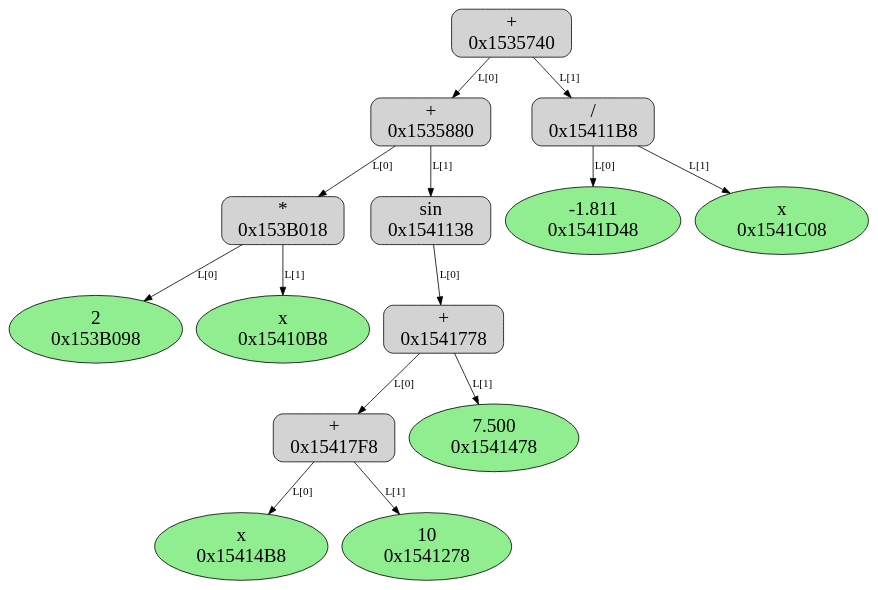
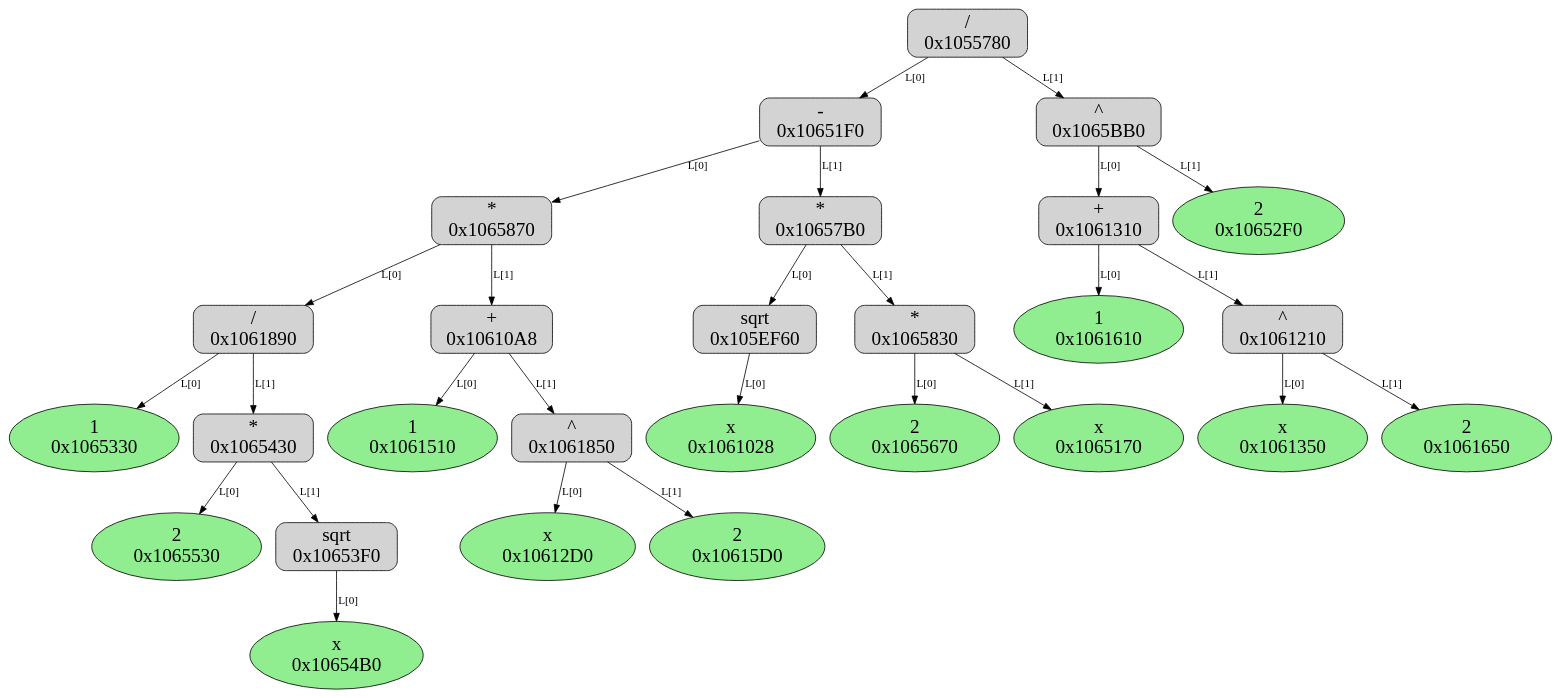
One commit to Nechda/Techno_track changed the diagram in Differentiator/simplifiedTree.dot. Above: the diagram before and after it, drawn with Graphviz. The commit also changed 15 other files, not shown here.

```diff
--- a/Differentiator/simplifiedTree.dot
+++ b/Differentiator/simplifiedTree.dot
@@ -1,71 +1,136 @@
 digraph{
 node [color = "black", fontsize = 24, shape = "box", style = "filled, rounded", fillcolor = "lightgray"]
 edge [color = "black", fontsize = 24]
+"1
+0x1065330" [shape = "ellipse", fillcolor = "lightgreen"] 
 "2
-0x153B098" [shape = "ellipse", fillcolor = "lightgreen"] 
+0x1065530" [shape = "ellipse", fillcolor = "lightgreen"] 
 "x
-0x15410B8" [shape = "ellipse", fillcolor = "lightgreen"] 
+0x10654B0" [shape = "ellipse", fillcolor = "lightgreen"] 
+ "sqrt
+0x10653F0" 
+ "sqrt
+0x10653F0" ->  "x
+0x10654B0" [label = "L[0]", fontsize = 14] 
  "*
-0x153B018" 
+0x1065430" 
  "*
-0x153B018" ->  "2
-0x153B098" [label = "L[0]", fontsize = 14] 
+0x1065430" ->  "2
+0x1065530" [label = "L[0]", fontsize = 14] 
  "*
-0x153B018" ->  "x
-0x15410B8" [label = "L[1]", fontsize = 14] 
+0x1065430" ->  "sqrt
+0x10653F0" [label = "L[1]", fontsize = 14] 
+ "/
+0x1061890" 
+ "/
+0x1061890" ->  "1
+0x1065330" [label = "L[0]", fontsize = 14] 
+ "/
+0x1061890" ->  "*
+0x1065430" [label = "L[1]", fontsize = 14] 
+"1
+0x1061510" [shape = "ellipse", fillcolor = "lightgreen"] 
 "x
-0x15414B8" [shape = "ellipse", fillcolor = "lightgreen"] 
-"10
-0x1541278" [shape = "ellipse", fillcolor = "lightgreen"] 
+0x10612D0" [shape = "ellipse", fillcolor = "lightgreen"] 
+"2
+0x10615D0" [shape = "ellipse", fillcolor = "lightgreen"] 
+ "^
+0x1061850" 
+ "^
+0x1061850" ->  "x
+0x10612D0" [label = "L[0]", fontsize = 14] 
+ "^
+0x1061850" ->  "2
+0x10615D0" [label = "L[1]", fontsize = 14] 
  "+
-0x15417F8" 
+0x10610A8" 
  "+
-0x15417F8" ->  "x
-0x15414B8" [label = "L[0]", fontsize = 14] 
+0x10610A8" ->  "1
+0x1061510" [label = "L[0]", fontsize = 14] 
  "+
-0x15417F8" ->  "10
-0x1541278" [label = "L[1]", fontsize = 14] 
-"7.500
-0x1541478" [shape = "ellipse", fillcolor = "lightgreen"] 
+0x10610A8" ->  "^
+0x1061850" [label = "L[1]", fontsize = 14] 
+ "*
+0x1065870" 
+ "*
+0x1065870" ->  "/
+0x1061890" [label = "L[0]", fontsize = 14] 
+ "*
+0x1065870" ->  "+
+0x10610A8" [label = "L[1]", fontsize = 14] 
+"x
+0x1061028" [shape = "ellipse", fillcolor = "lightgreen"] 
+ "sqrt
+0x105EF60" 
+ "sqrt
+0x105EF60" ->  "x
+0x1061028" [label = "L[0]", fontsize = 14] 
+"2
+0x1065670" [shape = "ellipse", fillcolor = "lightgreen"] 
+"x
+0x1065170" [shape = "ellipse", fillcolor = "lightgreen"] 
+ "*
+0x1065830" 
+ "*
+0x1065830" ->  "2
+0x1065670" [label = "L[0]", fontsize = 14] 
+ "*
+0x1065830" ->  "x
+0x1065170" [label = "L[1]", fontsize = 14] 
+ "*
+0x10657B0" 
+ "*
+0x10657B0" ->  "sqrt
+0x105EF60" [label = "L[0]", fontsize = 14] 
+ "*
+0x10657B0" ->  "*
+0x1065830" [label = "L[1]", fontsize = 14] 
+ "-
+0x10651F0" 
+ "-
+0x10651F0" ->  "*
+0x1065870" [label = "L[0]", fontsize = 14] 
+ "-
+0x10651F0" ->  "*
+0x10657B0" [label = "L[1]", fontsize = 14] 
+"1
+0x1061610" [shape = "ellipse", fillcolor = "lightgreen"] 
+"x
+0x1061350" [shape = "ellipse", fillcolor = "lightgreen"] 
+"2
+0x1061650" [shape = "ellipse", fillcolor = "lightgreen"] 
+ "^
+0x1061210" 
+ "^
+0x1061210" ->  "x
+0x1061350" [label = "L[0]", fontsize = 14] 
+ "^
+0x1061210" ->  "2
+0x1061650" [label = "L[1]", fontsize = 14] 
  "+
-0x1541778" 
+0x1061310" 
  "+
-0x1541778" ->  "+
-0x15417F8" [label = "L[0]", fontsize = 14] 
+0x1061310" ->  "1
+0x1061610" [label = "L[0]", fontsize = 14] 
  "+
-0x1541778" ->  "7.500
-0x1541478" [label = "L[1]", fontsize = 14] 
- "sin
-0x1541138" 
- "sin
-0x1541138" ->  "+
-0x1541778" [label = "L[0]", fontsize = 14] 
- "+
-0x1535880" 
- "+
-0x1535880" ->  "*
-0x153B018" [label = "L[0]", fontsize = 14] 
- "+
-0x1535880" ->  "sin
-0x1541138" [label = "L[1]", fontsize = 14] 
-"-1.811
-0x1541D48" [shape = "ellipse", fillcolor = "lightgreen"] 
-"x
-0x1541C08" [shape = "ellipse", fillcolor = "lightgreen"] 
+0x1061310" ->  "^
+0x1061210" [label = "L[1]", fontsize = 14] 
+"2
+0x10652F0" [shape = "ellipse", fillcolor = "lightgreen"] 
+ "^
+0x1065BB0" 
+ "^
+0x1065BB0" ->  "+
+0x1061310" [label = "L[0]", fontsize = 14] 
+ "^
+0x1065BB0" ->  "2
+0x10652F0" [label = "L[1]", fontsize = 14] 
  "/
-0x15411B8" 
+0x1055780" 
  "/
-0x15411B8" ->  "-1.811
-0x1541D48" [label = "L[0]", fontsize = 14] 
+0x1055780" ->  "-
+0x10651F0" [label = "L[0]", fontsize = 14] 
  "/
-0x15411B8" ->  "x
-0x1541C08" [label = "L[1]", fontsize = 14] 
- "+
-0x1535740" 
- "+
-0x1535740" ->  "+
-0x1535880" [label = "L[0]", fontsize = 14] 
- "+
-0x1535740" ->  "/
-0x15411B8" [label = "L[1]", fontsize = 14] 
+0x1055780" ->  "^
+0x1065BB0" [label = "L[1]", fontsize = 14] 
 }
```
